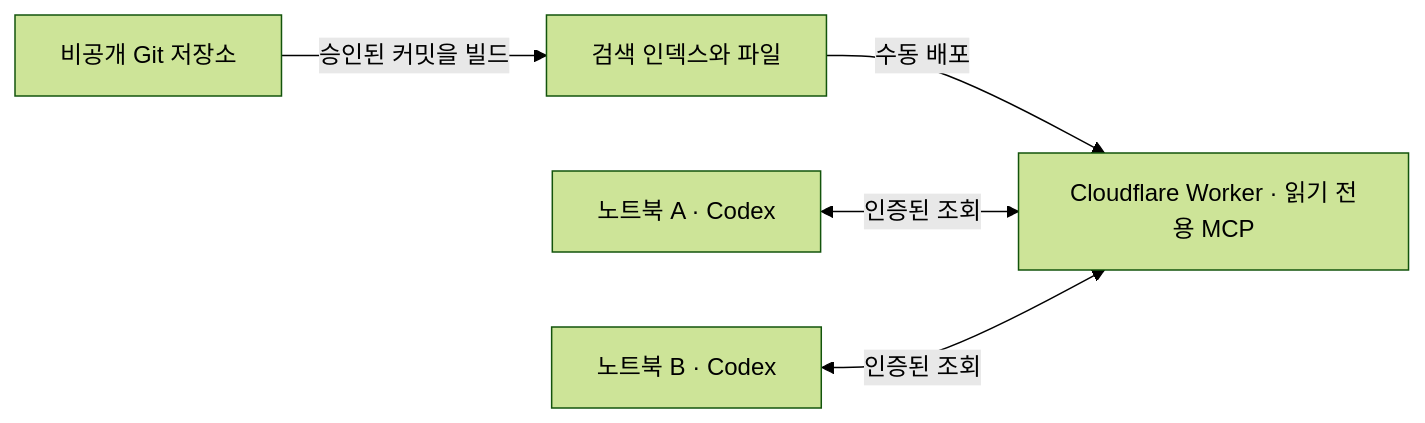
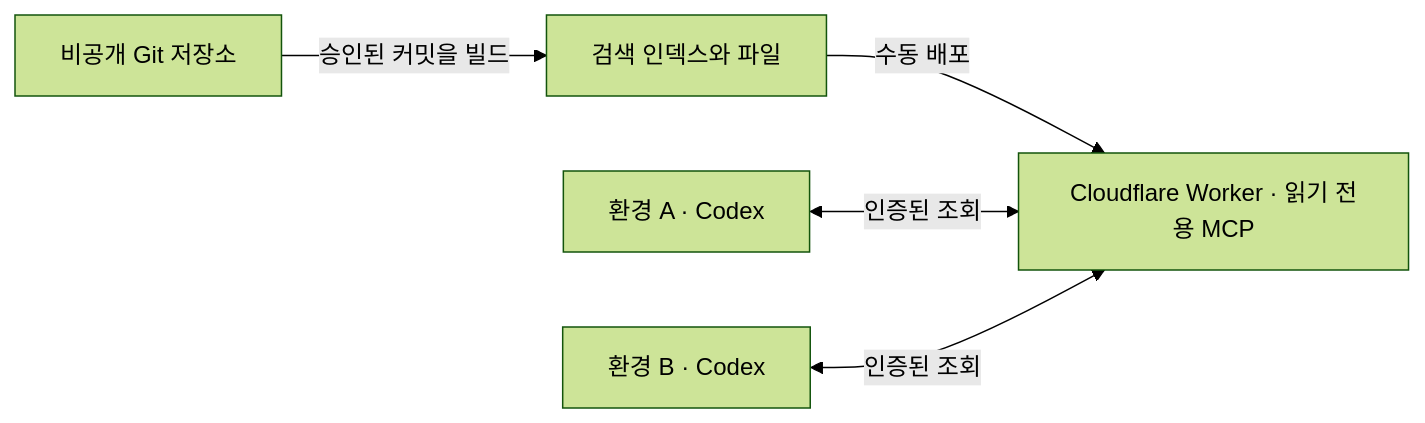
One commit to SEONGMINY/my-context changed the diagram in README.md. Above: the diagram before and after it, drawn with Mermaid (forest theme). The commit also changed other lines of this file and 5 other files, not shown here.

````diff
--- a/README.md
+++ b/README.md
@@ -37,7 +41,7 @@
 ```mermaid
 flowchart LR
     git["비공개 Git 저장소"] -->|"승인된 커밋을 빌드"| bundle["검색 인덱스와 파일"]
     bundle -->|"수동 배포"| worker["Cloudflare Worker · 읽기 전용 MCP"]
-    laptopA["노트북 A · Codex"] <-->|"인증된 조회"| worker
-    laptopB["노트북 B · Codex"] <-->|"인증된 조회"| worker
+    envA["환경 A · Codex"] <-->|"인증된 조회"| worker
+    envB["환경 B · Codex"] <-->|"인증된 조회"| worker
 ```
````
